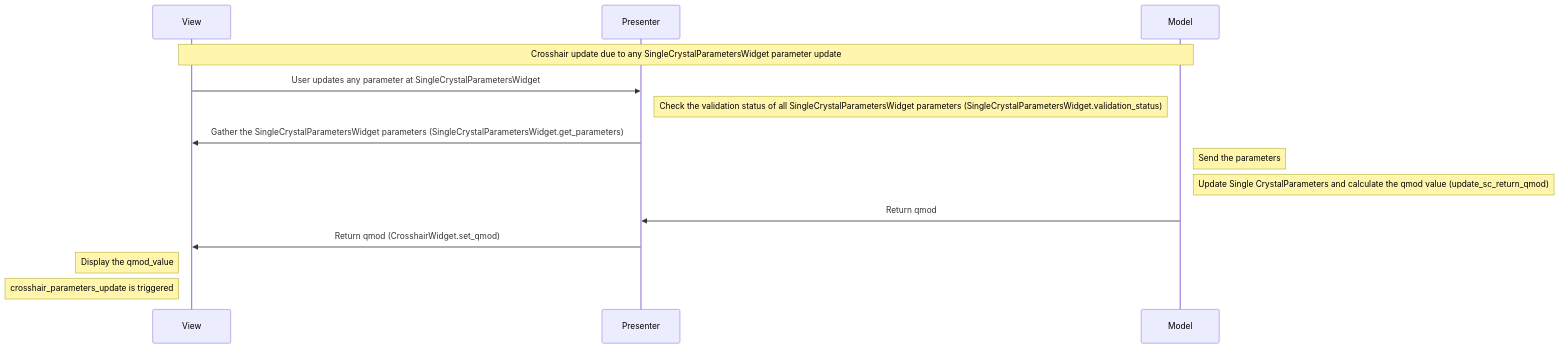
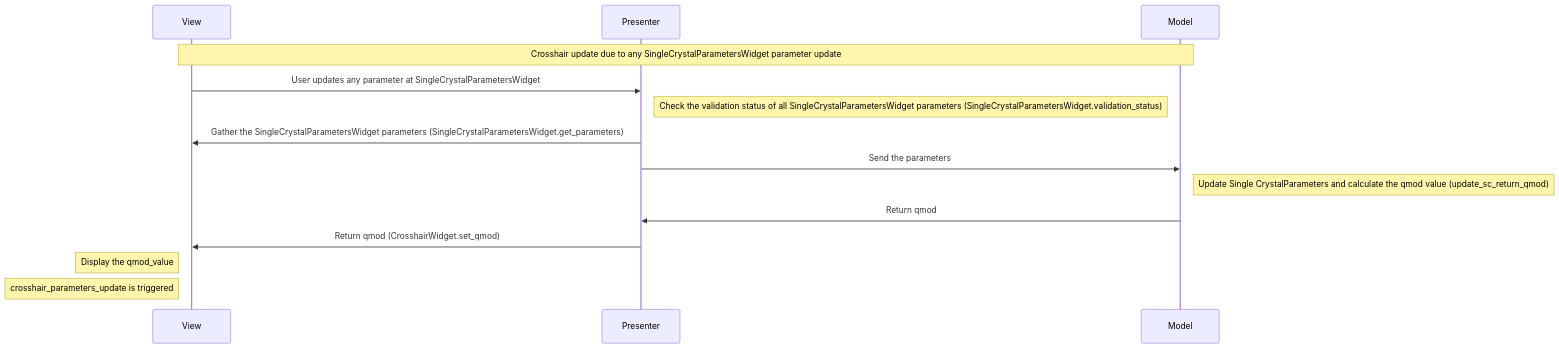
Before and after one commit to neutrons/hyspecppt: diagram 12 of 13 in docs/source/design/hyspecpptclasses.rst, drawn with Mermaid. The commit also changed other lines of this file, not shown here.

```diff
--- a/docs/source/design/hyspecpptclasses.rst
+++ b/docs/source/design/hyspecpptclasses.rst
@@ -582,17 +576,17 @@
         .. mermaid::
 
             sequenceDiagram
                 participant View
                 participant Presenter
                 participant Model
 
                 Note over View,Model: Crosshair update due to any SingleCrystalParametersWidget parameter update
                 View->>Presenter: User updates any parameter at SingleCrystalParametersWidget
                 Note right of Presenter: Check the validation status of all SingleCrystalParametersWidget parameters (SingleCrystalParametersWidget.validation_status)
                 Presenter->>View: Gather the SingleCrystalParametersWidget parameters (SingleCrystalParametersWidget.get_parameters)
-                Note right of Model: Send the parameters
+                Presenter->>Model: Send the parameters
                 Note right of Model: Update Single CrystalParameters and calculate the qmod value (update_sc_return_qmod)
                 Model->>Presenter: Return qmod
                 Presenter->>View: Return qmod (CrosshairWidget.set_qmod)
                 Note left of View: Display the qmod_value
                 Note left of View: crosshair_parameters_update is triggered
```
